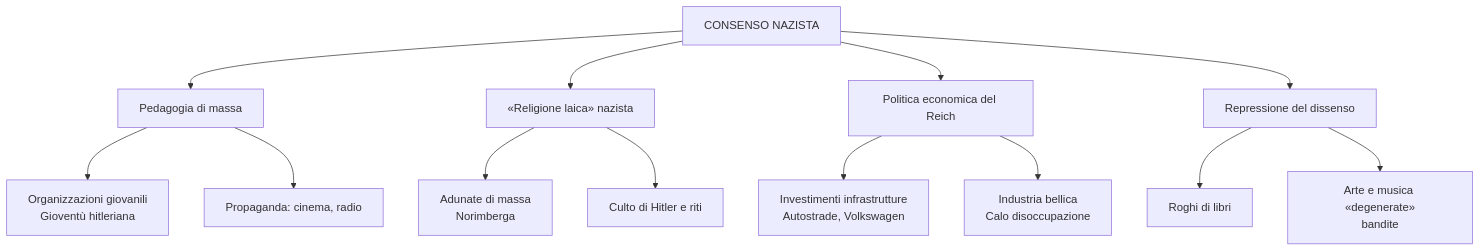
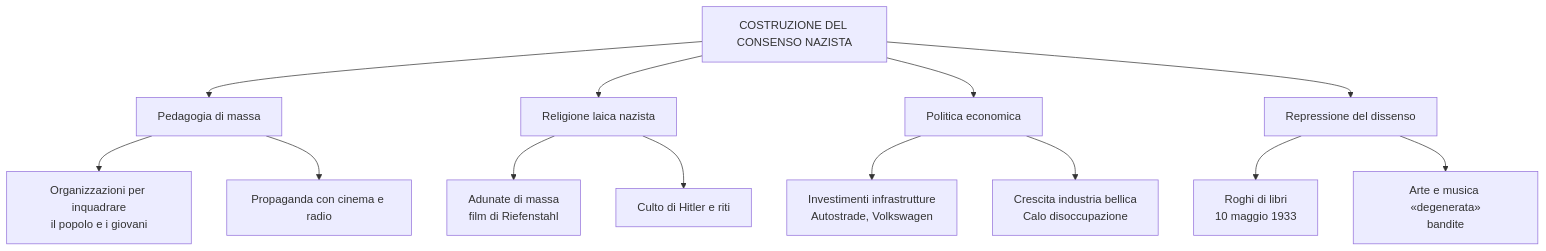
Before and after one commit to riccardo-algorime/appunti-5Bsa: the seventh of 10 diagrams in storia/materiale/studio/capitolo_3.11_studio.md, drawn with Mermaid. The commit also changed other lines of this file and 5 other files, not shown here.

````diff
--- a/storia/materiale/studio/capitolo_3.11_studio.md
+++ b/storia/materiale/studio/capitolo_3.11_studio.md
@@ -400,15 +294,15 @@
 ```mermaid
 flowchart TD
-    A[CONSENSO NAZISTA] --> B[Pedagogia di massa]
-    A --> C[«Religione laica» nazista]
-    A --> D[Politica economica del Reich]
+    A[COSTRUZIONE DEL CONSENSO NAZISTA] --> B[Pedagogia di massa]
+    A --> C[Religione laica nazista]
+    A --> D[Politica economica]
     A --> E[Repressione del dissenso]
-    B --> B1[Organizzazioni giovanili<br/>Gioventù hitleriana]
-    B --> B2[Propaganda: cinema, radio]
-    C --> C1[Adunate di massa<br/>Norimberga]
+    B --> B1[Organizzazioni per inquadrare<br/>il popolo e i giovani]
+    B --> B2[Propaganda con cinema e radio]
+    C --> C1[Adunate di massa<br/>film di Riefenstahl]
     C --> C2[Culto di Hitler e riti]
     D --> D1[Investimenti infrastrutture<br/>Autostrade, Volkswagen]
-    D --> D2[Industria bellica<br/>Calo disoccupazione]
-    E --> E1[Roghi di libri]
-    E --> E2[Arte e musica «degenerate»<br/>bandite]
+    D --> D2[Crescita industria bellica<br/>Calo disoccupazione]
+    E --> E1[Roghi di libri<br/>10 maggio 1933]
+    E --> E2[Arte e musica «degenerata»<br/>bandite]
 ```
````
